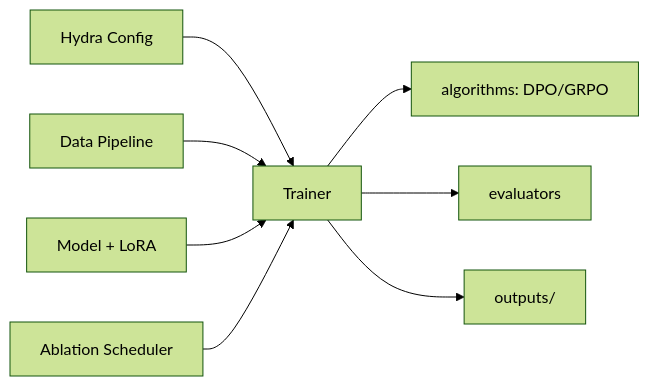
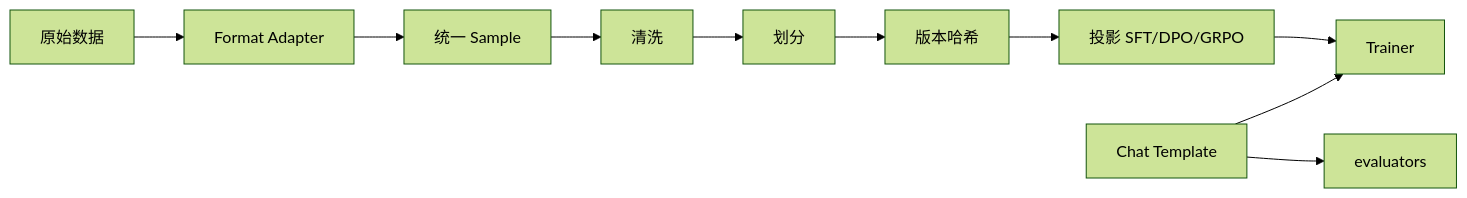
The diagram in README.md (cyyi888/post-training), drawn with Mermaid (forest theme) before and after one commit. The commit also changed other lines of this file and 41 other files, not shown here.

````diff
--- a/README.md
+++ b/README.md
@@ -25,10 +25,12 @@
 ```mermaid
 flowchart LR
-  Config[Hydra Config] --> Trainer
-  Data[Data Pipeline] --> Trainer
-  Model[Model + LoRA] --> Trainer
-  Trainer --> Algo[algorithms: DPO/GRPO]
-  Trainer --> Eval[evaluators]
-  Experiment[Ablation Scheduler] --> Trainer
-  Trainer --> Outputs[outputs/]
+  Raw[原始数据] --> Adapter[Format Adapter]
+  Adapter --> Sample[统一 Sample]
+  Sample --> Clean[清洗]
+  Clean --> Split[划分]
+  Split --> Ver[版本哈希]
+  Ver --> Proj[投影 SFT/DPO/GRPO]
+  Proj --> Trainer
+  ChatTpl[Chat Template] --> Trainer
+  ChatTpl --> Eval[evaluators]
 ```
````
